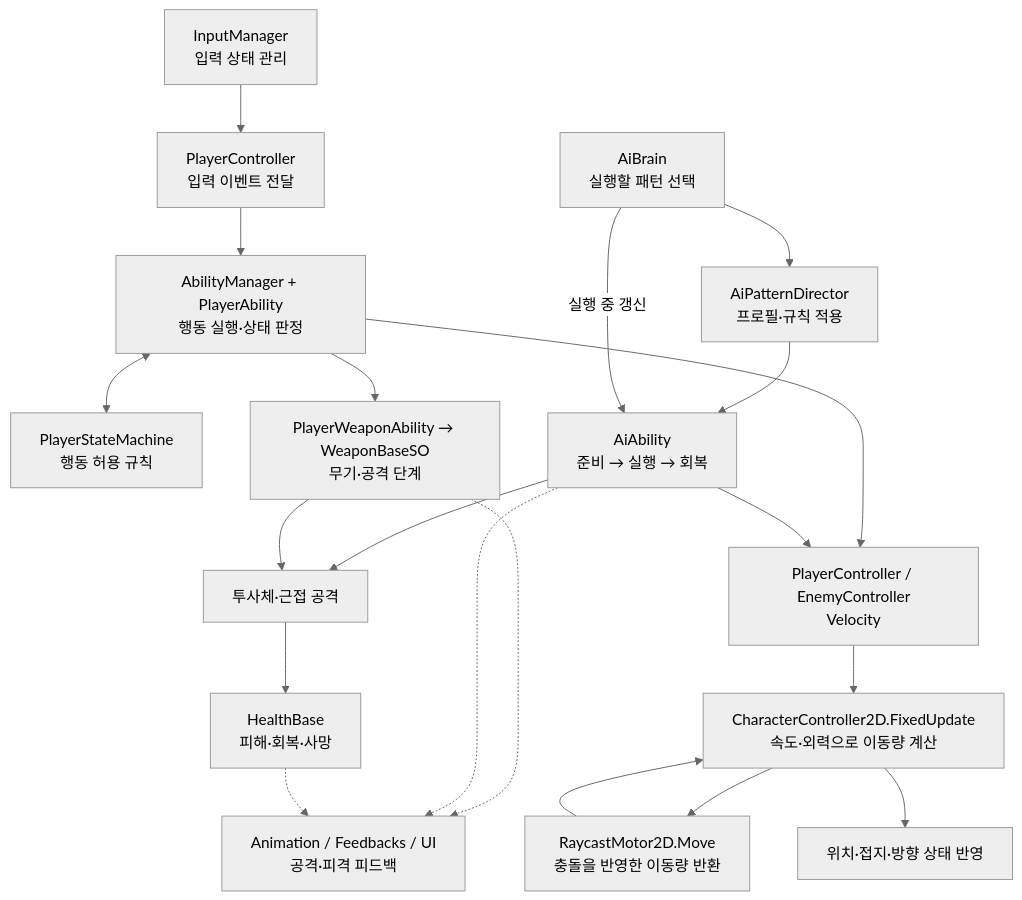
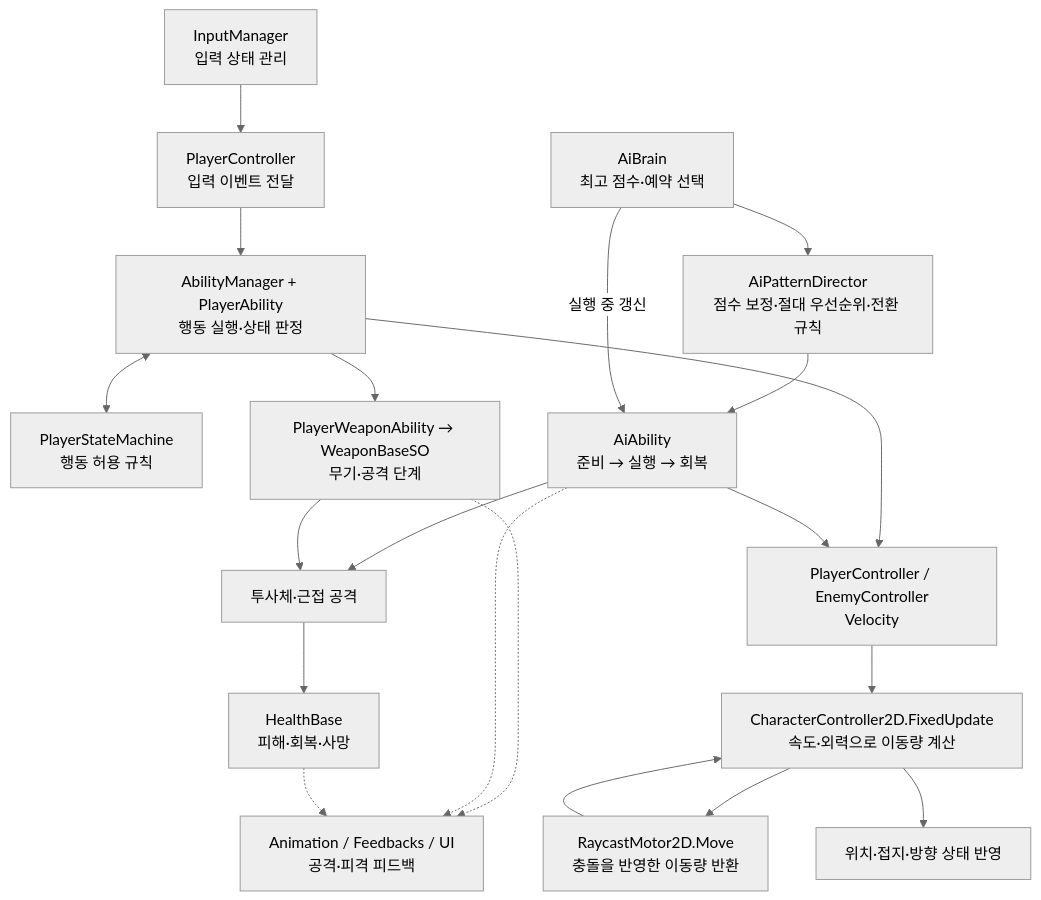
One commit to savant98/2d-combat-training-center-scripts changed the first of 2 diagrams in README.md. Above: the diagram before and after it, drawn with Mermaid (neutral theme). The commit also changed other lines of this file and 16 other files, not shown here.

````diff
--- a/README.md
+++ b/README.md
@@ -107,25 +109,25 @@
 ```mermaid
 flowchart TD
     Input["InputManager<br/>입력 상태 관리"] --> Player["PlayerController<br/>입력 이벤트 전달"]
     Player --> Abilities["AbilityManager + PlayerAbility<br/>행동 실행·상태 판정"]
     Abilities <--> State["PlayerStateMachine<br/>행동 허용 규칙"]
     Abilities --> Weapon["PlayerWeaponAbility → WeaponBaseSO<br/>무기·공격 단계"]
     Abilities --> Velocity["PlayerController / EnemyController<br/>Velocity"]
 
-    Brain["AiBrain<br/>실행할 패턴 선택"] --> Director["AiPatternDirector<br/>프로필·규칙 적용"]
+    Brain["AiBrain<br/>최고 점수·예약 선택"] --> Director["AiPatternDirector<br/>점수 보정·절대 우선순위·전환 규칙"]
     Director --> AI["AiAbility<br/>준비 → 실행 → 회복"]
     Brain -->|실행 중 갱신| AI
     AI --> Velocity
     AI --> Attack["투사체·근접 공격"]
     Weapon --> Attack
     Attack --> Health["HealthBase<br/>피해·회복·사망"]
 
     Velocity --> Controller["CharacterController2D.FixedUpdate<br/>속도·외력으로 이동량 계산"]
     Controller --> Motor["RaycastMotor2D.Move<br/>충돌을 반영한 이동량 반환"]
     Motor --> Controller
     Controller --> Position["위치·접지·방향 상태 반영"]
 
     Weapon -.-> Feedback["Animation / Feedbacks / UI<br/>공격·피격 피드백"]
     AI -.-> Feedback
     Health -.-> Feedback
 ```
````
